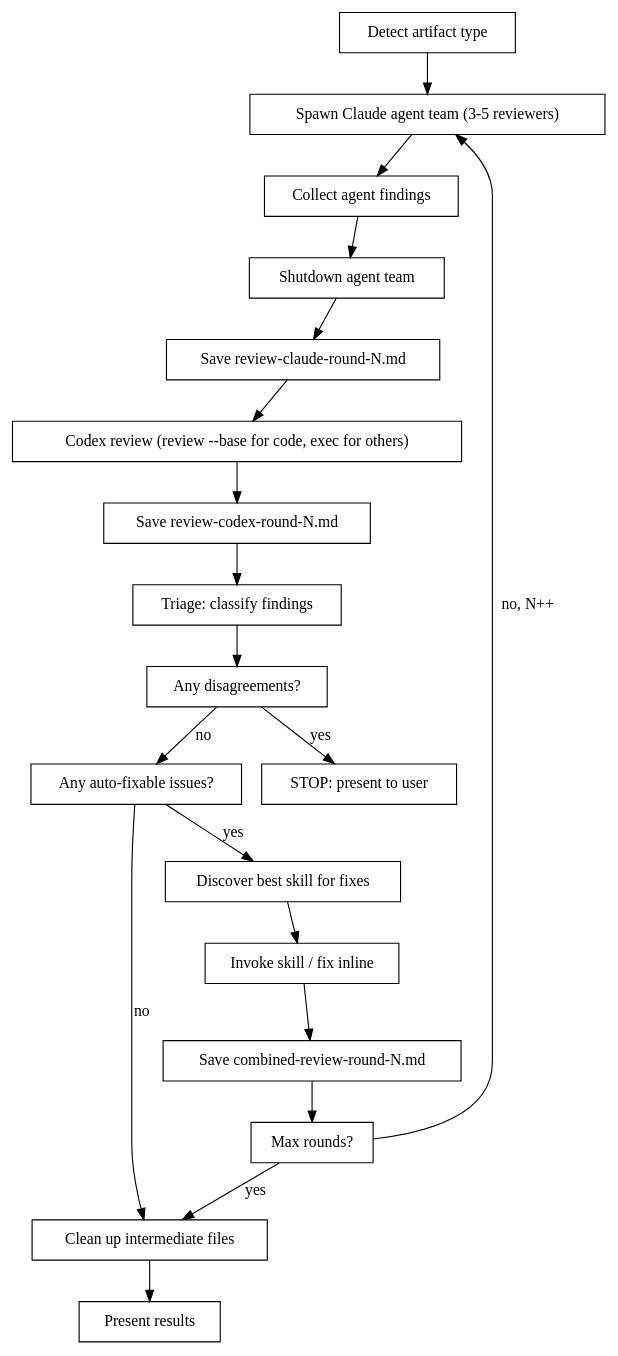
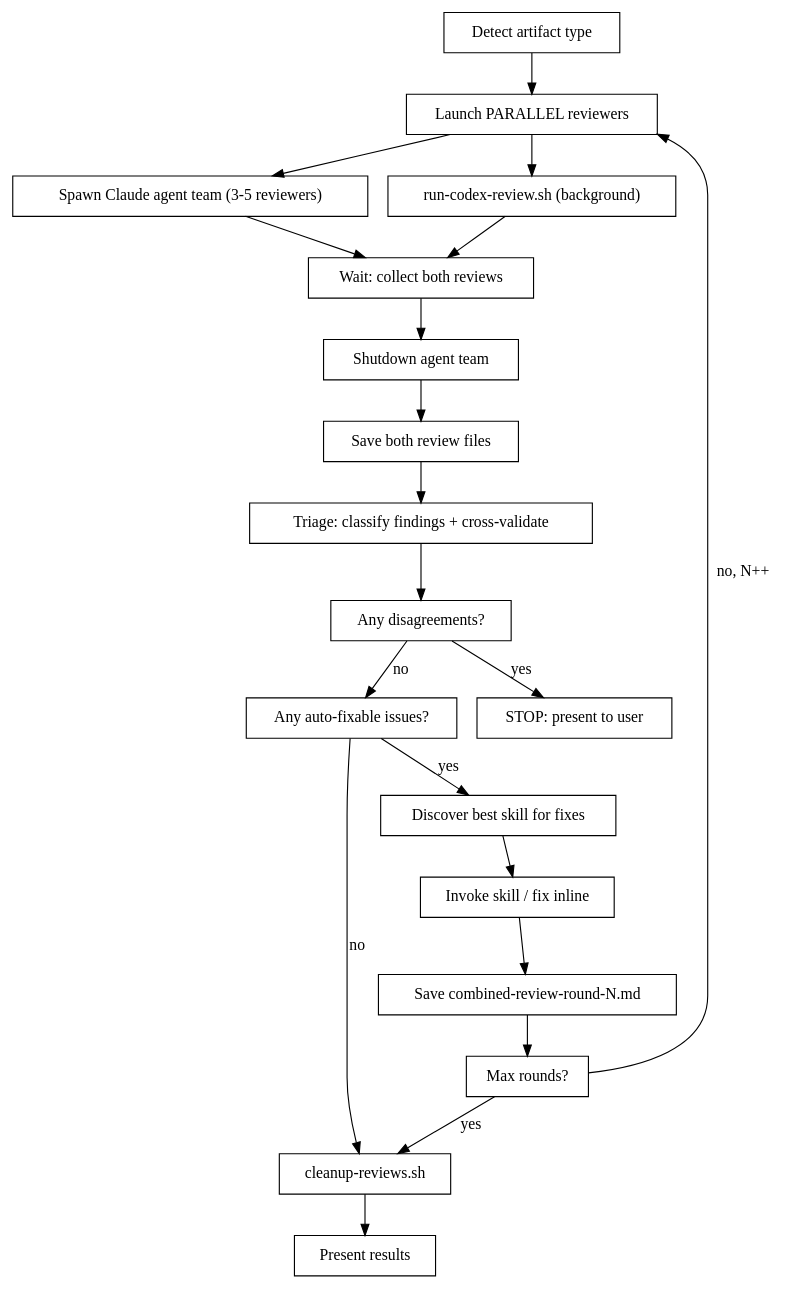
One commit to DmitriyYukhanov/claude-plugins changed the diagram in plugins/cross-review/skills/cross-review/SKILL.md. Above: the diagram before and after it, drawn with Graphviz. The commit also changed other lines of this file and 8 other files, not shown here.

First line of the commit message:
Enhance cross-review skill with parallel review loop and bump to v1.4.0

````diff
--- a/plugins/cross-review/skills/cross-review/SKILL.md
+++ b/plugins/cross-review/skills/cross-review/SKILL.md
@@ -38,29 +65,30 @@
 ```dot
 digraph cross_review_loop {
     rankdir=TB;
     node [shape=box];
 
-    "Detect artifact type" -> "Spawn Claude agent team (3-5 reviewers)";
-    "Spawn Claude agent team (3-5 reviewers)" -> "Collect agent findings";
-    "Collect agent findings" -> "Shutdown agent team";
-    "Shutdown agent team" -> "Save review-claude-round-N.md";
-    "Save review-claude-round-N.md" -> "Codex review (review --base for code, exec for others)";
-    "Codex review (review --base for code, exec for others)" -> "Save review-codex-round-N.md";
-    "Save review-codex-round-N.md" -> "Triage: classify findings";
+    "Detect artifact type" -> "Launch PARALLEL reviewers";
+    "Launch PARALLEL reviewers" -> "Spawn Claude agent team (3-5 reviewers)";
+    "Launch PARALLEL reviewers" -> "run-codex-review.sh (background)";
+    "Spawn Claude agent team (3-5 reviewers)" -> "Wait: collect both reviews";
+    "run-codex-review.sh (background)" -> "Wait: collect both reviews";
+    "Wait: collect both reviews" -> "Shutdown agent team";
+    "Shutdown agent team" -> "Save both review files";
+    "Save both review files" -> "Triage: classify findings + cross-validate";
 
-    "Triage: classify findings" -> "Any disagreements?" [shape=diamond];
+    "Triage: classify findings + cross-validate" -> "Any disagreements?" [shape=diamond];
     "Any disagreements?" -> "STOP: present to user" [label="yes"];
     "Any disagreements?" -> "Any auto-fixable issues?" [label="no"];
 
     "Any auto-fixable issues?" -> "Discover best skill for fixes" [label="yes"];
-    "Any auto-fixable issues?" -> "Clean up intermediate files" [label="no"];
+    "Any auto-fixable issues?" -> "cleanup-reviews.sh" [label="no"];
 
     "Discover best skill for fixes" -> "Invoke skill / fix inline";
     "Invoke skill / fix inline" -> "Save combined-review-round-N.md";
     "Save combined-review-round-N.md" -> "Max rounds?" [shape=diamond];
-    "Max rounds?" -> "Clean up intermediate files" [label="yes"];
-    "Max rounds?" -> "Spawn Claude agent team (3-5 reviewers)" [label="no, N++"];
+    "Max rounds?" -> "cleanup-reviews.sh" [label="yes"];
+    "Max rounds?" -> "Launch PARALLEL reviewers" [label="no, N++"];
 
-    "Clean up intermediate files" -> "Present results";
+    "cleanup-reviews.sh" -> "Present results";
 }
 ```
````
